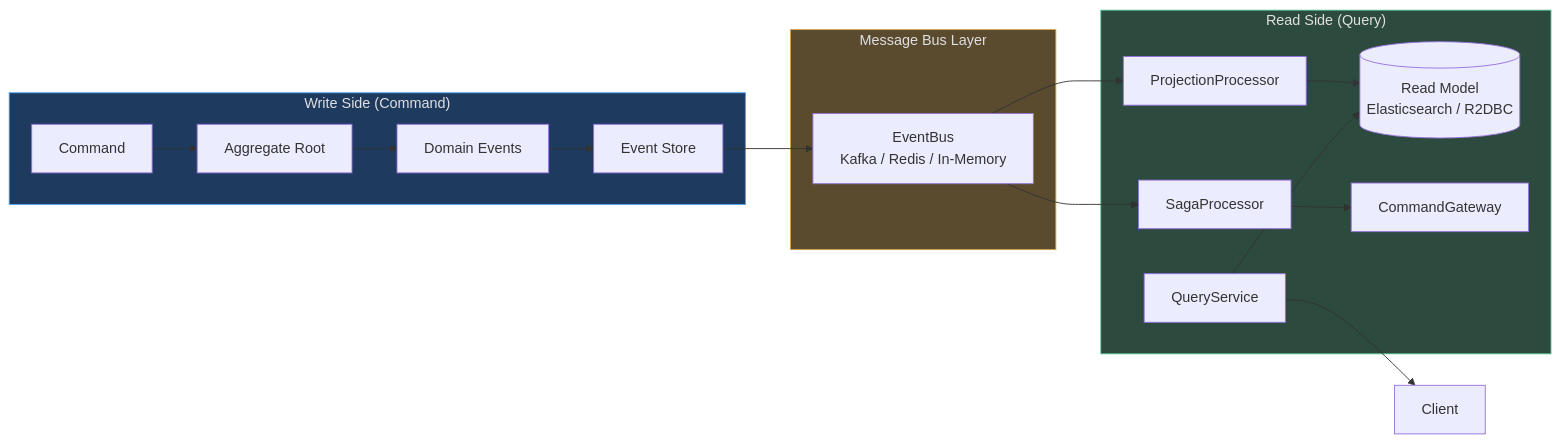
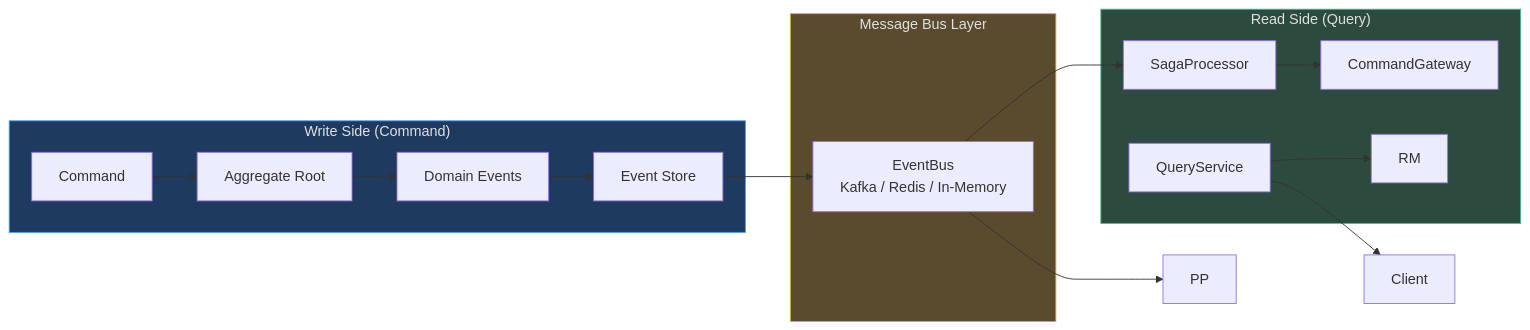
The sixth of 6 diagrams in documentation/docs/en/guide/advanced/architecture.md (Ahoo-Wang/Wow), drawn with Mermaid before and after one commit. The commit also changed other lines of this file and 92 other files, not shown here.

````diff
--- a/documentation/docs/en/guide/advanced/architecture.md
+++ b/documentation/docs/en/guide/advanced/architecture.md
@@ -358,27 +352,26 @@
 ```mermaid
 flowchart LR
     subgraph WRITE["Write Side (Command)"]
         CMD["Command"] --> AR["Aggregate Root"]
         AR --> EVT["Domain Events"]
         EVT --> ES["Event Store"]
     end
 
     subgraph BUS["Message Bus Layer"]
         EB["EventBus<br>Kafka / Redis / In-Memory"]
     end
 
     subgraph READ["Read Side (Query)"]
-        PP["ProjectionProcessor"] --> RM[("Read Model<br>Elasticsearch / R2DBC")]
         SP["SagaProcessor"] --> CG["CommandGateway"]
         QS["QueryService"] --> RM
     end
 
     ES --> EB
     EB --> PP
     EB --> SP
     QS --> Client
 
     style WRITE fill:#1e3a5f,stroke:#4a9eed,color:#e0e0e0
     style BUS fill:#5a4a2e,stroke:#d4a84b,color:#e0e0e0
     style READ fill:#2d4a3e,stroke:#4aba8a,color:#e0e0e0
 ```
````
